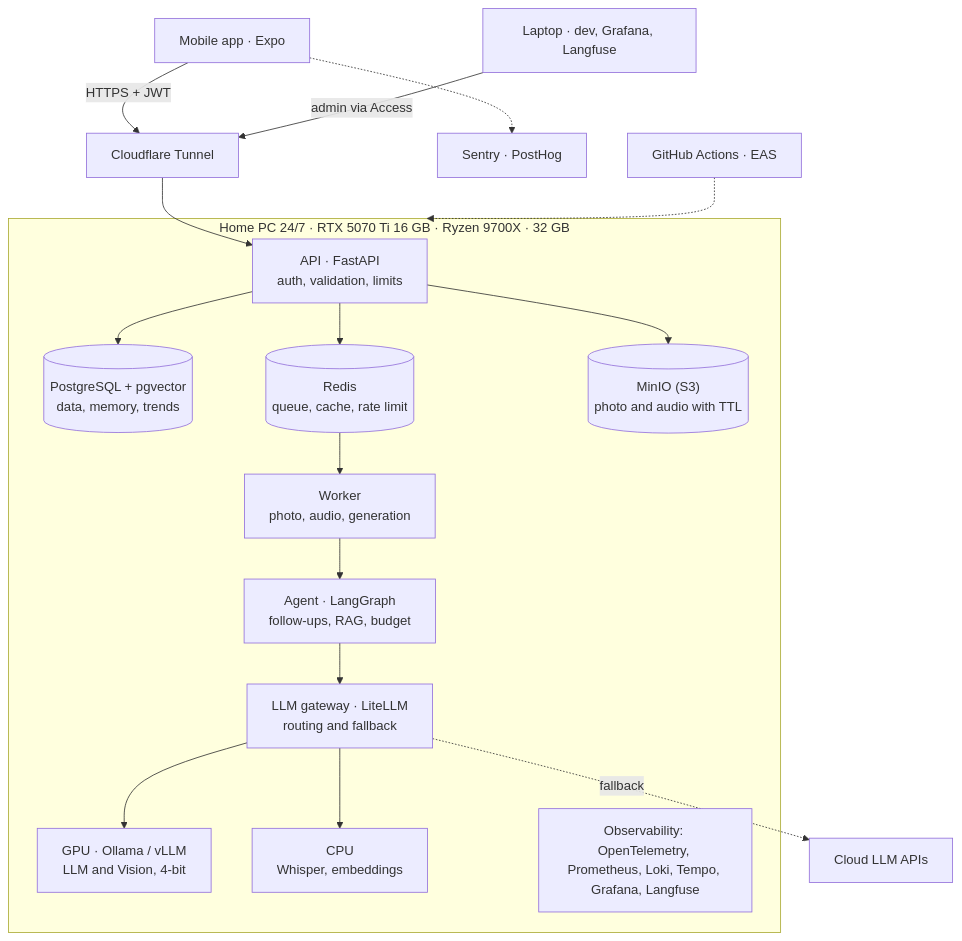
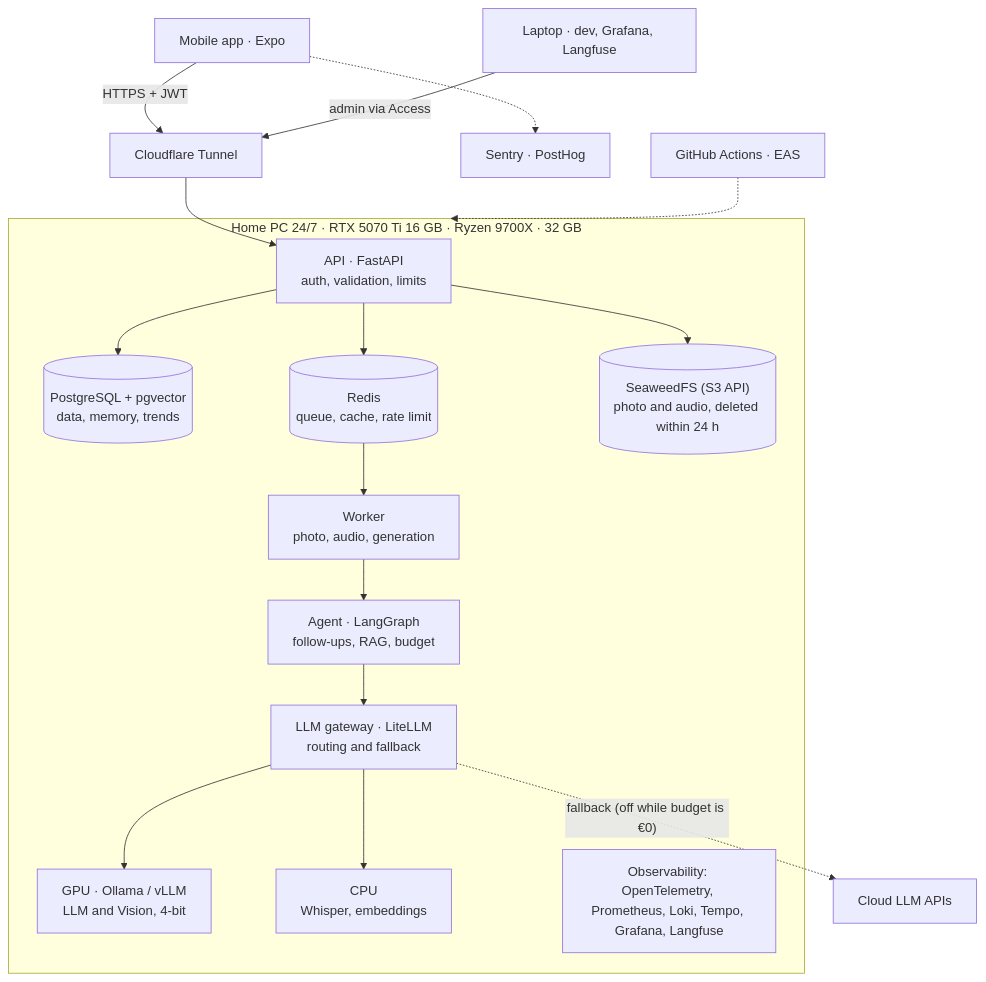
The first of 2 diagrams in docs/blueprint.md (oleksii-trofymenko/capsule), drawn with Mermaid before and after one commit. The commit also changed other lines of this file and 8 other files, not shown here.

````diff
--- a/docs/blueprint.md
+++ b/docs/blueprint.md
@@ -49,20 +49,20 @@
 ```mermaid
 flowchart TB
   phone["Mobile app · Expo"] -->|HTTPS + JWT| tunnel["Cloudflare Tunnel"]
   laptop["Laptop · dev, Grafana, Langfuse"] -->|admin via Access| tunnel
   tunnel --> api
   subgraph pc["Home PC 24/7 · RTX 5070 Ti 16 GB · Ryzen 9700X · 32 GB"]
     api["API · FastAPI<br/>auth, validation, limits"] --> pg[("PostgreSQL + pgvector<br/>data, memory, trends")]
     api --> redis[("Redis<br/>queue, cache, rate limit")]
-    api --> minio[("MinIO (S3)<br/>photo and audio with TTL")]
+    api --> seaweedfs[("SeaweedFS (S3 API)<br/>photo and audio, deleted within 24 h")]
     redis --> worker["Worker<br/>photo, audio, generation"]
     worker --> agent["Agent · LangGraph<br/>follow-ups, RAG, budget"]
     agent --> gw["LLM gateway · LiteLLM<br/>routing and fallback"]
     gw --> gpu["GPU · Ollama / vLLM<br/>LLM and Vision, 4-bit"]
     gw --> cpu["CPU<br/>Whisper, embeddings"]
     obs["Observability: OpenTelemetry, Prometheus, Loki, Tempo, Grafana, Langfuse"]
   end
-  gw -.->|fallback| cloudllm["Cloud LLM APIs"]
+  gw -.->|"fallback (off while budget is €0)"| cloudllm["Cloud LLM APIs"]
   phone -.-> sentry["Sentry · PostHog"]
   ci["GitHub Actions · EAS"] -.-> pc
 ```
````
